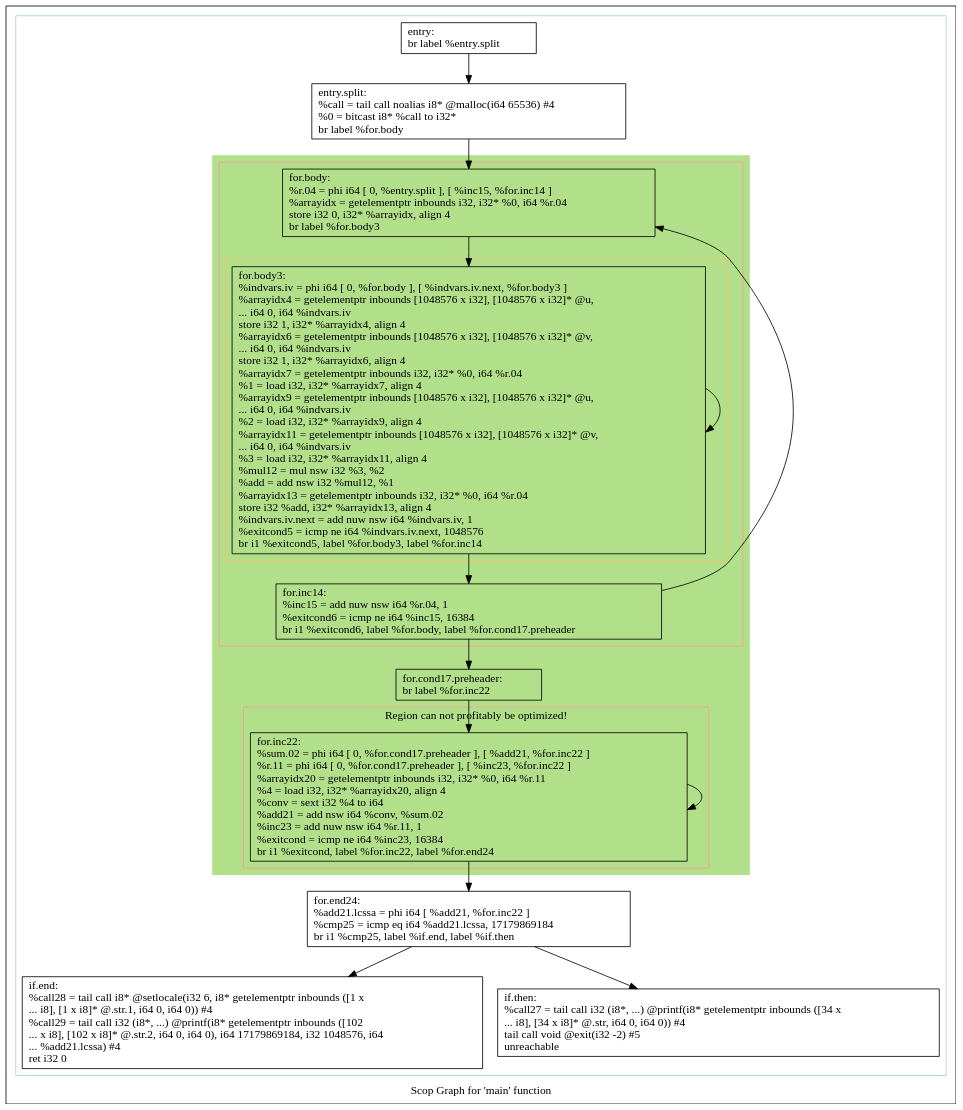
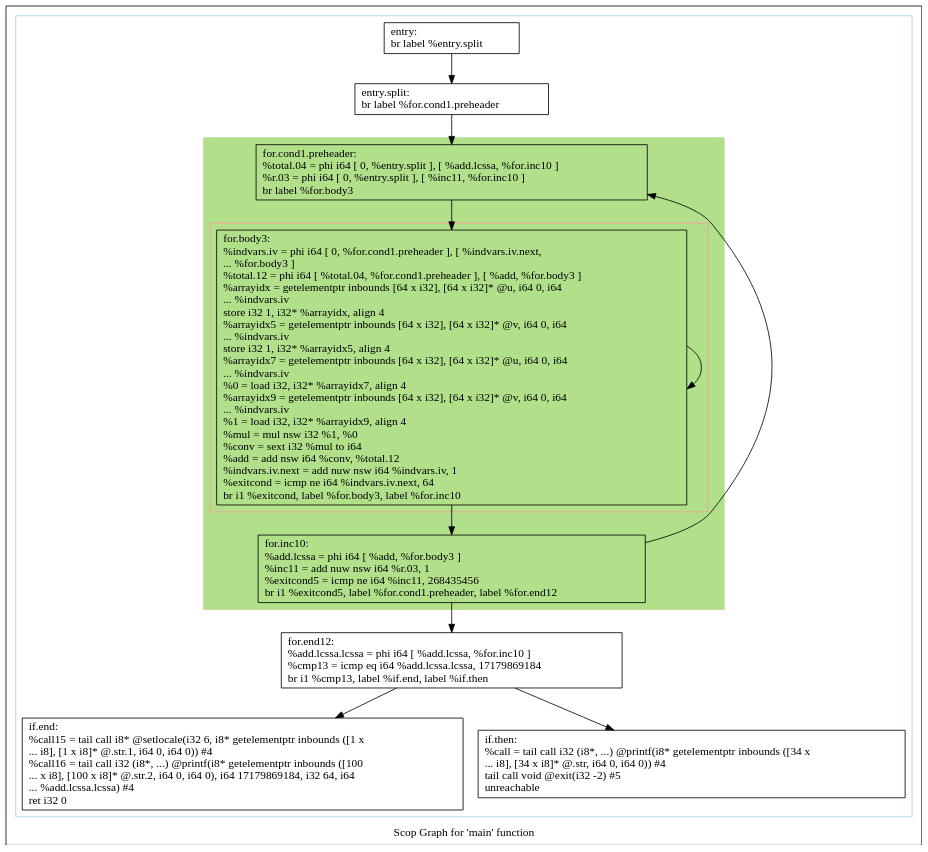
One commit to samminweng/WhileyOpenCL changed the diagram in polly/VectorMult/impl/handwritten/dot/scops.main.dot. Above: the diagram before and after it, drawn with Graphviz. The commit also changed 14 other files, not shown here.

```diff
--- a/polly/VectorMult/impl/handwritten/dot/scops.main.dot
+++ b/polly/VectorMult/impl/handwritten/dot/scops.main.dot
@@ -1,61 +1,44 @@
 digraph "Scop Graph for 'main' function" {
 	label="Scop Graph for 'main' function";
 
-	Node0x66108b0 [shape=record,label="{entry:\l  br label %entry.split\l}"];
-	Node0x66108b0 -> Node0x6610b70;
-	Node0x6610b70 [shape=record,label="{entry.split:                                      \l  %call = tail call noalias i8* @malloc(i64 65536) #4\l  %0 = bitcast i8* %call to i32*\l  br label %for.body\l}"];
-	Node0x6610b70 -> Node0x66109d0;
-	Node0x66109d0 [shape=record,label="{for.body:                                         \l  %r.04 = phi i64 [ 0, %entry.split ], [ %inc15, %for.inc14 ]\l  %arrayidx = getelementptr inbounds i32, i32* %0, i64 %r.04\l  store i32 0, i32* %arrayidx, align 4\l  br label %for.body3\l}"];
-	Node0x66109d0 -> Node0x661d8d0;
-	Node0x661d8d0 [shape=record,label="{for.body3:                                        \l  %indvars.iv = phi i64 [ 0, %for.body ], [ %indvars.iv.next, %for.body3 ]\l  %arrayidx4 = getelementptr inbounds [1048576 x i32], [1048576 x i32]* @u,\l... i64 0, i64 %indvars.iv\l  store i32 1, i32* %arrayidx4, align 4\l  %arrayidx6 = getelementptr inbounds [1048576 x i32], [1048576 x i32]* @v,\l... i64 0, i64 %indvars.iv\l  store i32 1, i32* %arrayidx6, align 4\l  %arrayidx7 = getelementptr inbounds i32, i32* %0, i64 %r.04\l  %1 = load i32, i32* %arrayidx7, align 4\l  %arrayidx9 = getelementptr inbounds [1048576 x i32], [1048576 x i32]* @u,\l... i64 0, i64 %indvars.iv\l  %2 = load i32, i32* %arrayidx9, align 4\l  %arrayidx11 = getelementptr inbounds [1048576 x i32], [1048576 x i32]* @v,\l... i64 0, i64 %indvars.iv\l  %3 = load i32, i32* %arrayidx11, align 4\l  %mul12 = mul nsw i32 %3, %2\l  %add = add nsw i32 %mul12, %1\l  %arrayidx13 = getelementptr inbounds i32, i32* %0, i64 %r.04\l  store i32 %add, i32* %arrayidx13, align 4\l  %indvars.iv.next = add nuw nsw i64 %indvars.iv, 1\l  %exitcond5 = icmp ne i64 %indvars.iv.next, 1048576\l  br i1 %exitcond5, label %for.body3, label %for.inc14\l}"];
-	Node0x661d8d0 -> Node0x661d8d0[constraint=false];
-	Node0x661d8d0 -> Node0x6621f80;
-	Node0x6621f80 [shape=record,label="{for.inc14:                                        \l  %inc15 = add nuw nsw i64 %r.04, 1\l  %exitcond6 = icmp ne i64 %inc15, 16384\l  br i1 %exitcond6, label %for.body, label %for.cond17.preheader\l}"];
-	Node0x6621f80 -> Node0x66109d0[constraint=false];
-	Node0x6621f80 -> Node0x661f7c0;
-	Node0x661f7c0 [shape=record,label="{for.cond17.preheader:                             \l  br label %for.inc22\l}"];
-	Node0x661f7c0 -> Node0x6621f10;
-	Node0x6621f10 [shape=record,label="{for.inc22:                                        \l  %sum.02 = phi i64 [ 0, %for.cond17.preheader ], [ %add21, %for.inc22 ]\l  %r.11 = phi i64 [ 0, %for.cond17.preheader ], [ %inc23, %for.inc22 ]\l  %arrayidx20 = getelementptr inbounds i32, i32* %0, i64 %r.11\l  %4 = load i32, i32* %arrayidx20, align 4\l  %conv = sext i32 %4 to i64\l  %add21 = add nsw i64 %conv, %sum.02\l  %inc23 = add nuw nsw i64 %r.11, 1\l  %exitcond = icmp ne i64 %inc23, 16384\l  br i1 %exitcond, label %for.inc22, label %for.end24\l}"];
-	Node0x6621f10 -> Node0x6621f10[constraint=false];
-	Node0x6621f10 -> Node0x661f270;
-	Node0x661f270 [shape=record,label="{for.end24:                                        \l  %add21.lcssa = phi i64 [ %add21, %for.inc22 ]\l  %cmp25 = icmp eq i64 %add21.lcssa, 17179869184\l  br i1 %cmp25, label %if.end, label %if.then\l}"];
-	Node0x661f270 -> Node0x6621170;
-	Node0x661f270 -> Node0x6620060;
-	Node0x6621170 [shape=record,label="{if.end:                                           \l  %call28 = tail call i8* @setlocale(i32 6, i8* getelementptr inbounds ([1 x\l... i8], [1 x i8]* @.str.1, i64 0, i64 0)) #4\l  %call29 = tail call i32 (i8*, ...) @printf(i8* getelementptr inbounds ([102\l... x i8], [102 x i8]* @.str.2, i64 0, i64 0), i64 17179869184, i32 1048576, i64\l... %add21.lcssa) #4\l  ret i32 0\l}"];
-	Node0x6620060 [shape=record,label="{if.then:                                          \l  %call27 = tail call i32 (i8*, ...) @printf(i8* getelementptr inbounds ([34 x\l... i8], [34 x i8]* @.str, i64 0, i64 0)) #4\l  tail call void @exit(i32 -2) #5\l  unreachable\l}"];
+	Node0x4fd71d0 [shape=record,label="{entry:\l  br label %entry.split\l}"];
+	Node0x4fd71d0 -> Node0x4fd76d0;
+	Node0x4fd76d0 [shape=record,label="{entry.split:                                      \l  br label %for.cond1.preheader\l}"];
+	Node0x4fd76d0 -> Node0x4fd8820;
+	Node0x4fd8820 [shape=record,label="{for.cond1.preheader:                              \l  %total.04 = phi i64 [ 0, %entry.split ], [ %add.lcssa, %for.inc10 ]\l  %r.03 = phi i64 [ 0, %entry.split ], [ %inc11, %for.inc10 ]\l  br label %for.body3\l}"];
+	Node0x4fd8820 -> Node0x4fd7650;
+	Node0x4fd7650 [shape=record,label="{for.body3:                                        \l  %indvars.iv = phi i64 [ 0, %for.cond1.preheader ], [ %indvars.iv.next,\l... %for.body3 ]\l  %total.12 = phi i64 [ %total.04, %for.cond1.preheader ], [ %add, %for.body3 ]\l  %arrayidx = getelementptr inbounds [64 x i32], [64 x i32]* @u, i64 0, i64\l... %indvars.iv\l  store i32 1, i32* %arrayidx, align 4\l  %arrayidx5 = getelementptr inbounds [64 x i32], [64 x i32]* @v, i64 0, i64\l... %indvars.iv\l  store i32 1, i32* %arrayidx5, align 4\l  %arrayidx7 = getelementptr inbounds [64 x i32], [64 x i32]* @u, i64 0, i64\l... %indvars.iv\l  %0 = load i32, i32* %arrayidx7, align 4\l  %arrayidx9 = getelementptr inbounds [64 x i32], [64 x i32]* @v, i64 0, i64\l... %indvars.iv\l  %1 = load i32, i32* %arrayidx9, align 4\l  %mul = mul nsw i32 %1, %0\l  %conv = sext i32 %mul to i64\l  %add = add nsw i64 %conv, %total.12\l  %indvars.iv.next = add nuw nsw i64 %indvars.iv, 1\l  %exitcond = icmp ne i64 %indvars.iv.next, 64\l  br i1 %exitcond, label %for.body3, label %for.inc10\l}"];
+	Node0x4fd7650 -> Node0x4fd7650[constraint=false];
+	Node0x4fd7650 -> Node0x4fd88d0;
+	Node0x4fd88d0 [shape=record,label="{for.inc10:                                        \l  %add.lcssa = phi i64 [ %add, %for.body3 ]\l  %inc11 = add nuw nsw i64 %r.03, 1\l  %exitcond5 = icmp ne i64 %inc11, 268435456\l  br i1 %exitcond5, label %for.cond1.preheader, label %for.end12\l}"];
+	Node0x4fd88d0 -> Node0x4fd8820[constraint=false];
+	Node0x4fd88d0 -> Node0x4fd9c50;
+	Node0x4fd9c50 [shape=record,label="{for.end12:                                        \l  %add.lcssa.lcssa = phi i64 [ %add.lcssa, %for.inc10 ]\l  %cmp13 = icmp eq i64 %add.lcssa.lcssa, 17179869184\l  br i1 %cmp13, label %if.end, label %if.then\l}"];
+	Node0x4fd9c50 -> Node0x4fd9c70;
+	Node0x4fd9c50 -> Node0x4fd9df0;
+	Node0x4fd9c70 [shape=record,label="{if.end:                                           \l  %call15 = tail call i8* @setlocale(i32 6, i8* getelementptr inbounds ([1 x\l... i8], [1 x i8]* @.str.1, i64 0, i64 0)) #4\l  %call16 = tail call i32 (i8*, ...) @printf(i8* getelementptr inbounds ([100\l... x i8], [100 x i8]* @.str.2, i64 0, i64 0), i64 17179869184, i32 64, i64\l... %add.lcssa.lcssa) #4\l  ret i32 0\l}"];
+	Node0x4fd9df0 [shape=record,label="{if.then:                                          \l  %call = tail call i32 (i8*, ...) @printf(i8* getelementptr inbounds ([34 x\l... i8], [34 x i8]* @.str, i64 0, i64 0)) #4\l  tail call void @exit(i32 -2) #5\l  unreachable\l}"];
 	colorscheme = "paired12"
-        subgraph cluster_0x6610830 {
+        subgraph cluster_0x4fc8b20 {
           label = "";
           style = solid;
           color = 1
-          subgraph cluster_0x661f890 {
+          subgraph cluster_0x4fc9720 {
             label = "";
             style = filled;
-            color = 3            subgraph cluster_0x6611c10 {
+            color = 3            subgraph cluster_0x4fc8e80 {
               label = "";
               style = solid;
               color = 5
-              subgraph cluster_0x6611b90 {
-                label = "";
-                style = solid;
-                color = 7
-                Node0x661d8d0;
-              }
-              Node0x66109d0;
-              Node0x6621f80;
+              Node0x4fd7650;
             }
-            subgraph cluster_0x6610950 {
-              label = "Region can not profitably be optimized!";
-              style = solid;
-              color = 5
-              Node0x6621f10;
-            }
-            Node0x661f7c0;
+            Node0x4fd8820;
+            Node0x4fd88d0;
           }
-          Node0x66108b0;
-          Node0x6610b70;
-          Node0x661f270;
-          Node0x6621170;
-          Node0x6620060;
+          Node0x4fd71d0;
+          Node0x4fd76d0;
+          Node0x4fd9c50;
+          Node0x4fd9c70;
+          Node0x4fd9df0;
         }
 }
```
